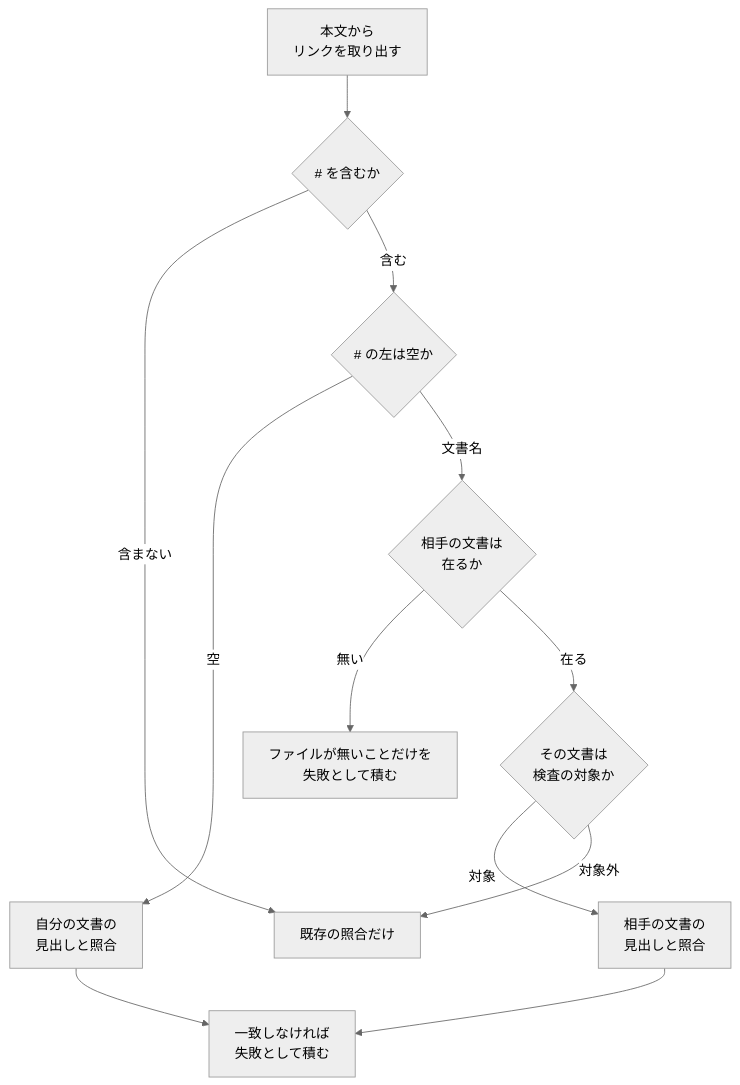
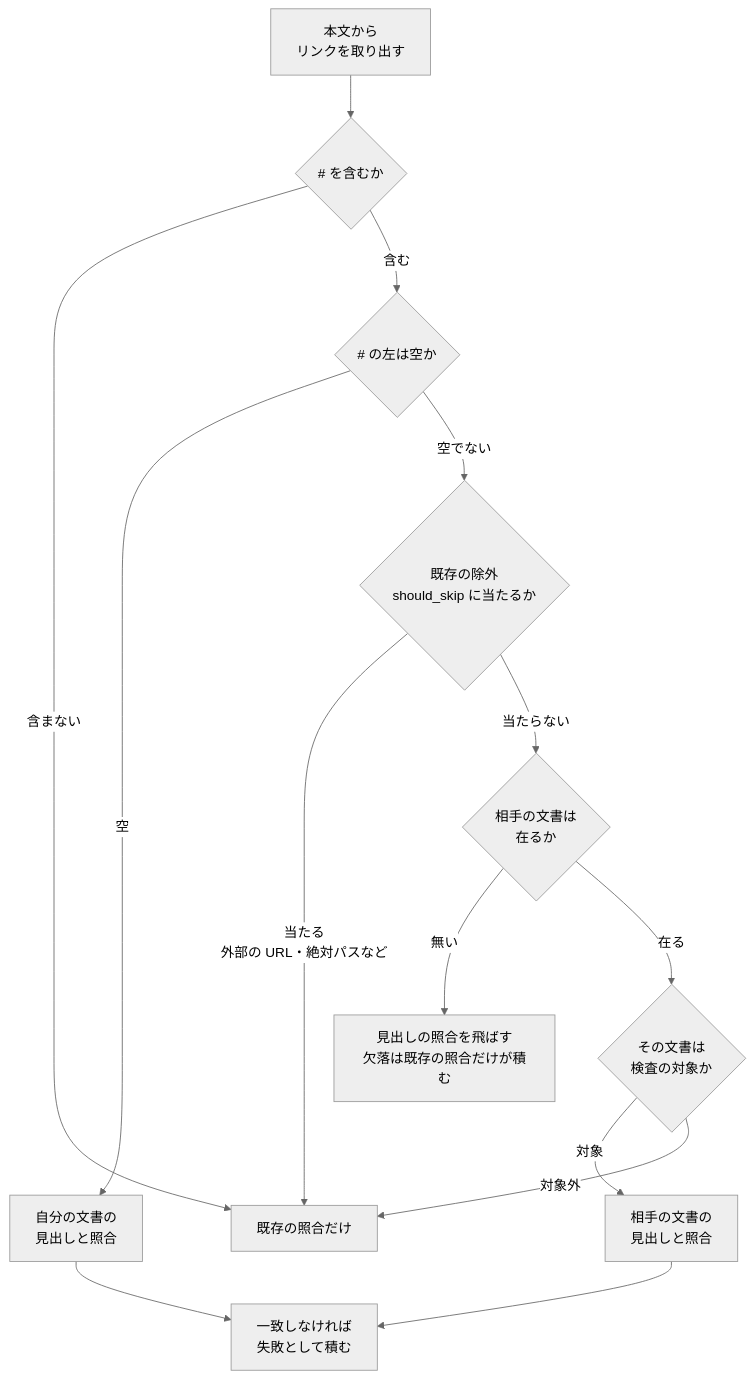
Before and after one commit to devbasex/ai-plugins: the diagram in issues/issue-445-design.md, drawn with Mermaid (neutral theme). The commit also changed other lines of this file and 1 other file, not shown here.

````diff
--- a/issues/issue-445-design.md
+++ b/issues/issue-445-design.md
@@ -23,14 +23,16 @@
 ```mermaid
 graph TD
     A[本文から<br/>リンクを取り出す] --> B{# を含むか}
     B -->|含まない| Z[既存の照合だけ]
     B -->|含む| C{# の左は空か}
     C -->|空| D[自分の文書の<br/>見出しと照合]
-    C -->|文書名| H{相手の文書は<br/>在るか}
-    H -->|無い| Y[ファイルが無いことだけを<br/>失敗として積む]
+    C -->|空でない| S{既存の除外<br/>should_skip に当たるか}
+    S -->|当たる<br/>外部の URL・絶対パスなど| Z
+    S -->|当たらない| H{相手の文書は<br/>在るか}
+    H -->|無い| Y[見出しの照合を飛ばす<br/>欠落は既存の照合だけが積む]
     H -->|在る| E{その文書は<br/>検査の対象か}
     E -->|対象| F[相手の文書の<br/>見出しと照合]
     E -->|対象外| Z
     D --> G[一致しなければ<br/>失敗として積む]
     F --> G
 ```
````
